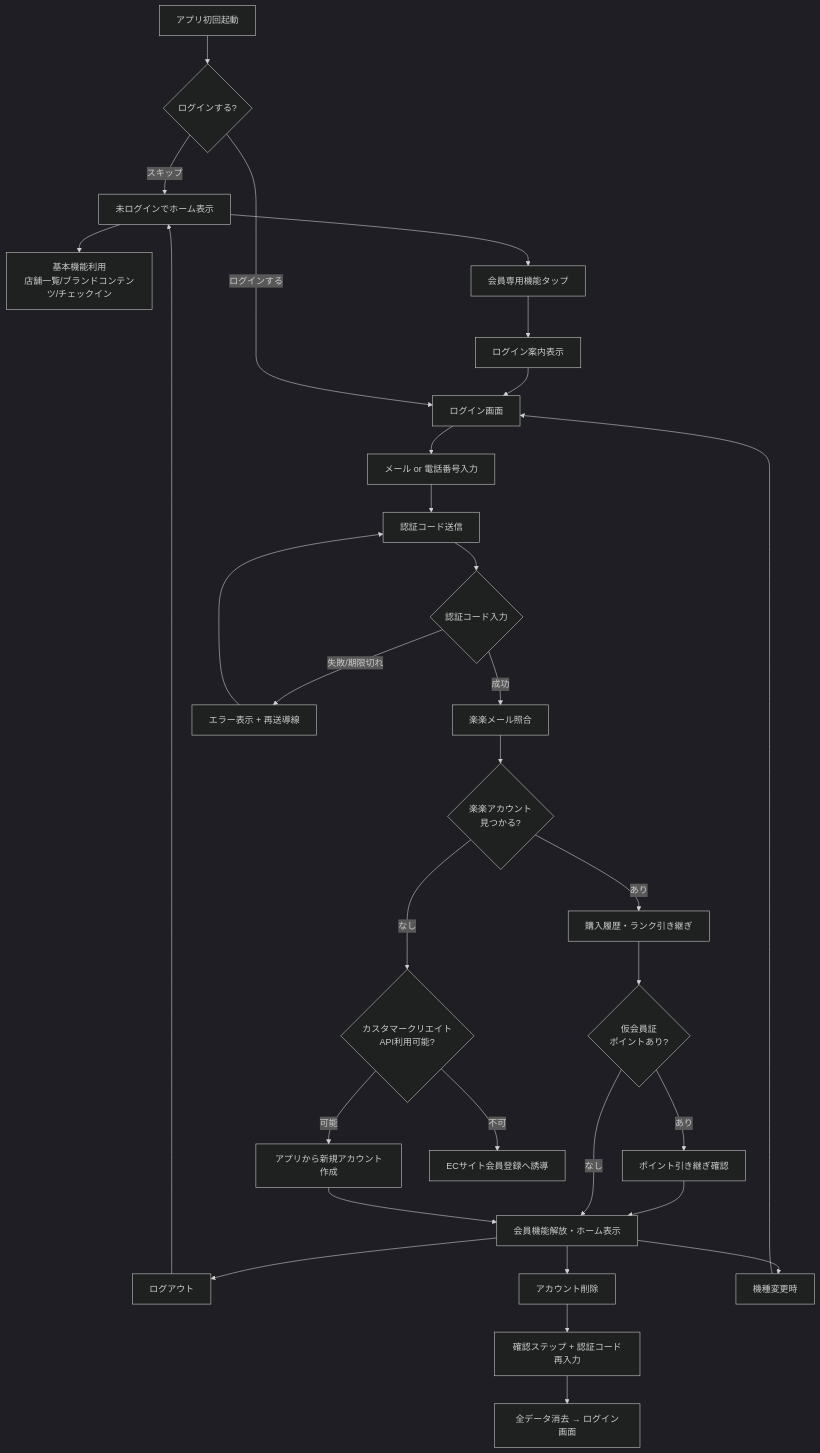
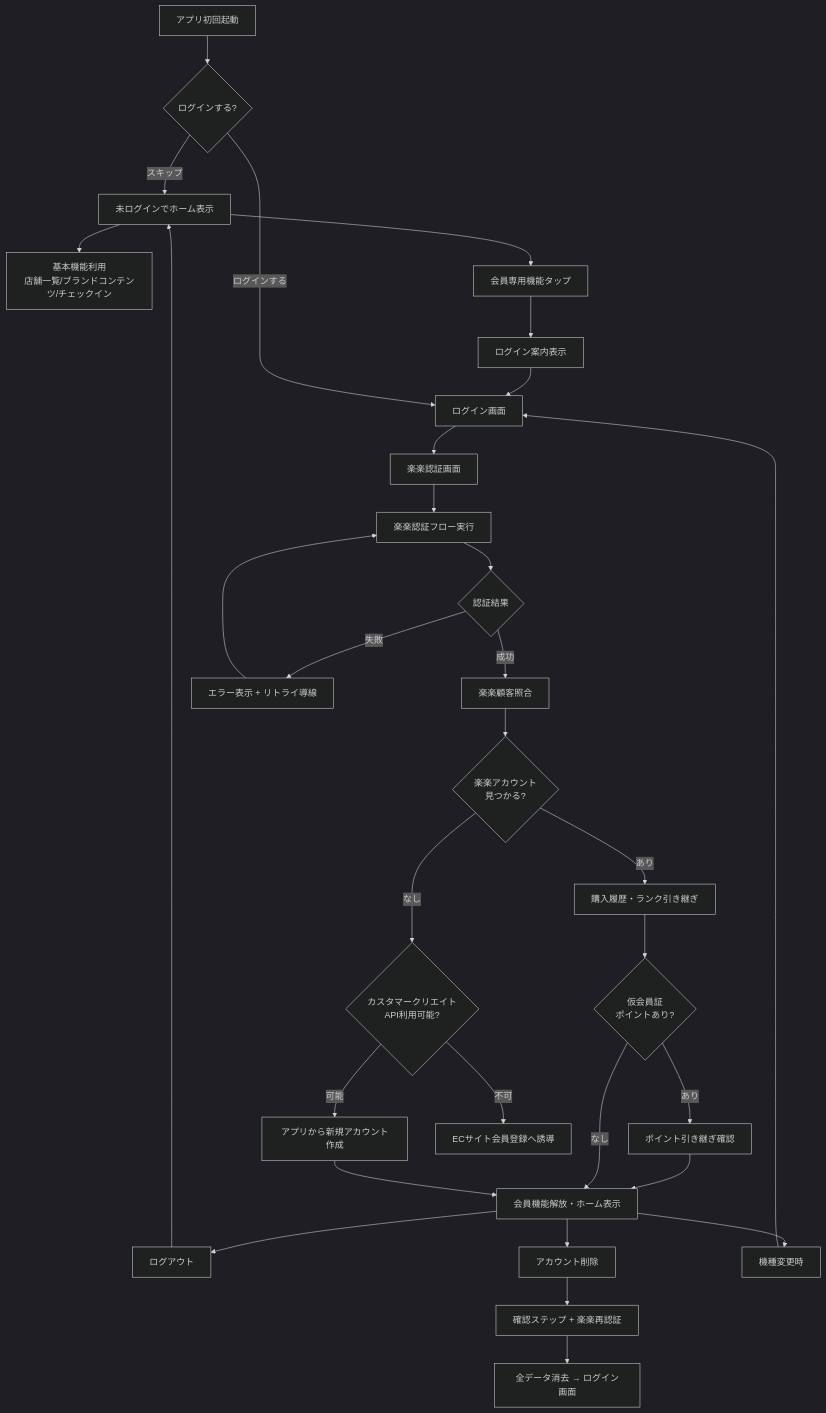
Before and after one commit to YukaHasebe/bi-su-app: the first of 14 diagrams in docs/03_ユーザーストーリー.md, drawn with Mermaid (dark theme). The commit also changed other lines of this file and 7 other files, not shown here.

````diff
--- a/docs/03_ユーザーストーリー.md
+++ b/docs/03_ユーザーストーリー.md
@@ -40,33 +40,33 @@
 ```mermaid
 flowchart TD
     A[アプリ初回起動] --> B{ログインする?}
     B -- スキップ --> C[未ログインでホーム表示]
     C --> D[基本機能利用<br/>店舗一覧/ブランドコンテンツ/チェックイン]
     C --> E[会員専用機能タップ]
     E --> F[ログイン案内表示]
     F --> G[ログイン画面]
     B -- ログインする --> G
-    G --> H[メール or 電話番号入力]
-    H --> I[認証コード送信]
-    I --> J{認証コード入力}
-    J -- 成功 --> K[楽楽メール照合]
-    J -- 失敗/期限切れ --> L[エラー表示 + 再送導線]
+    G --> H[楽楽認証画面]
+    H --> I[楽楽認証フロー実行]
+    I --> J{認証結果}
+    J -- 成功 --> K[楽楽顧客照合]
+    J -- 失敗 --> L[エラー表示 + リトライ導線]
     L --> I
     K --> M{楽楽アカウント<br/>見つかる?}
     M -- あり --> N[購入履歴・ランク引き継ぎ]
     N --> O{仮会員証<br/>ポイントあり?}
     O -- あり --> P[ポイント引き継ぎ確認]
     P --> Q[会員機能解放・ホーム表示]
     O -- なし --> Q
     M -- なし --> R{カスタマークリエイト<br/>API利用可能?}
     R -- 可能 --> S[アプリから新規アカウント作成]
     S --> Q
     R -- 不可 --> T[ECサイト会員登録へ誘導]
     Q --> U[ログアウト]
     U --> C
     Q --> V[アカウント削除]
-    V --> W[確認ステップ + 認証コード再入力]
+    V --> W[確認ステップ + 楽楽再認証]
     W --> X[全データ消去 → ログイン画面]
     Q --> Y[機種変更時]
     Y --> G
 ```
````
